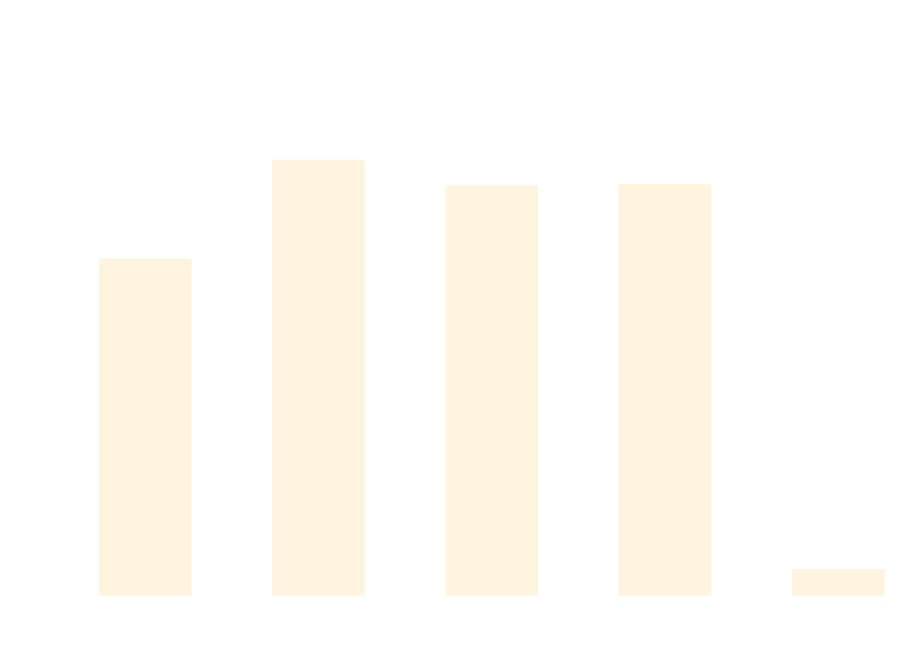
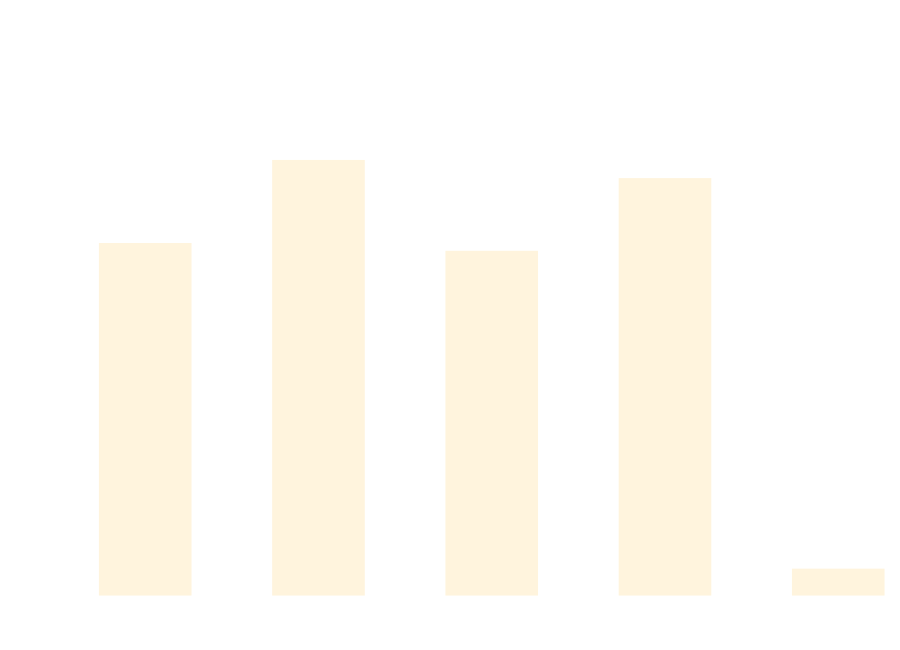
Before and after one commit to thomhurst/TUnit: the diagram in docs/docs/benchmarks/DataDrivenTests.md, drawn with Mermaid. The commit also changed other lines of this file and 17 other files, not shown here.

````diff
--- a/docs/docs/benchmarks/DataDrivenTests.md
+++ b/docs/docs/benchmarks/DataDrivenTests.md
@@ -27,37 +27,37 @@
 ```mermaid
 %%{init: {
   'theme':'base',
   'themeVariables': {
     'primaryColor': '#2563eb',
     'primaryTextColor': '#ffffff',
     'primaryBorderColor': '#1e40af',
     'lineColor': '#6b7280',
     'secondaryColor': '#7c3aed',
     'tertiaryColor': '#dc2626',
     'background': '#ffffff',
     'mainBkg': '#2563eb',
     'secondBkg': '#7c3aed',
     'tertiaryBkg': '#dc2626',
     'clusterBkg': '#f3f4f6',
     'edgeLabelBackground': '#ffffff',
     'tertiaryTextColor': '#1f2937',
     'pie1': '#2563eb',
     'pie2': '#7c3aed',
     'pie3': '#dc2626',
     'pie4': '#f59e0b',
     'pie5': '#10b981',
     'pie6': '#06b6d4',
     'pie7': '#ec4899',
     'pie8': '#6366f1',
     'pie9': '#84cc16',
     'pie10': '#f97316',
     'pie11': '#14b8a6',
     'pie12': '#a855f7'
   }
 }}%%
 xychart-beta
   title "DataDrivenTests Performance Comparison"
   x-axis ["TUnit", "NUnit", "MSTest", "xUnit3", "TUnit_AOT"]
-  y-axis "Time (ms)" 0 --> 797
-  bar [510.15, 664.02, 624.22, 625.91, 25.72]
+  y-axis "Time (ms)" 0 --> 750
+  bar [502.84, 624.67, 491.39, 598, 25.08]
 ```
````
